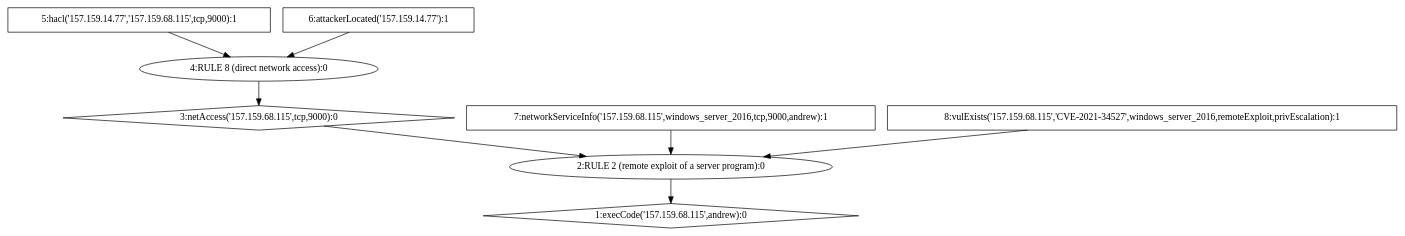
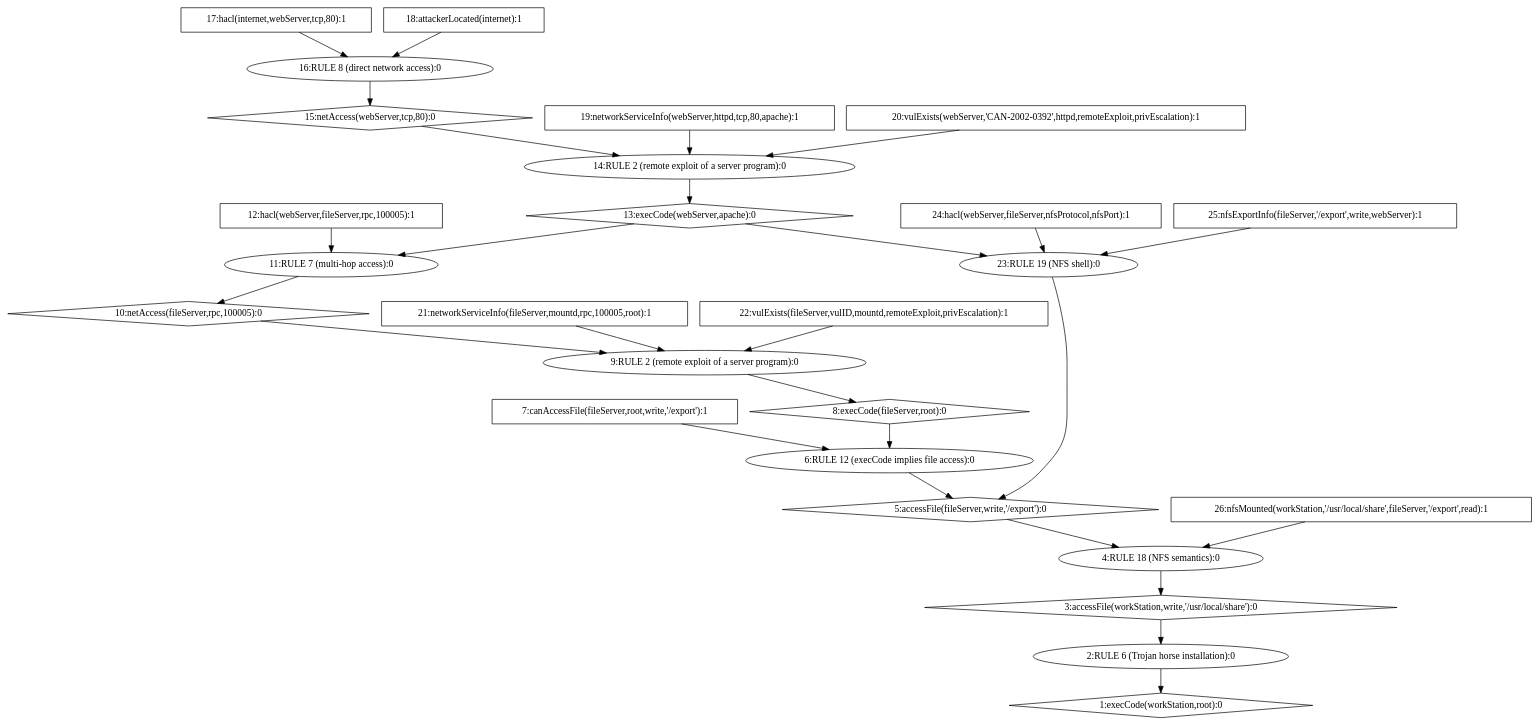
One commit to Kekere/prelude-elk changed the diagram in public_html/AttackGraph.dot. Above: the diagram before and after it, drawn with Graphviz. The commit also changed 14 other files, not shown here.

```diff
--- a/public_html/AttackGraph.dot
+++ b/public_html/AttackGraph.dot
@@ -1,17 +1,54 @@
 digraph G {
-	1 [label="1:execCode('157.159.68.115',andrew):0",shape=diamond];
-	2 [label="2:RULE 2 (remote exploit of a server program):0",shape=ellipse];
-	3 [label="3:netAccess('157.159.68.115',tcp,9000):0",shape=diamond];
-	4 [label="4:RULE 8 (direct network access):0",shape=ellipse];
-	5 [label="5:hacl('157.159.14.77','157.159.68.115',tcp,9000):1",shape=box];
-	6 [label="6:attackerLocated('157.159.14.77'):1",shape=box];
-	7 [label="7:networkServiceInfo('157.159.68.115',windows_server_2016,tcp,9000,andrew):1",shape=box];
-	8 [label="8:vulExists('157.159.68.115','CVE-2021-34527',windows_server_2016,remoteExploit,privEscalation):1",shape=box];
+	1 [label="1:execCode(workStation,root):0",shape=diamond];
+	2 [label="2:RULE 6 (Trojan horse installation):0",shape=ellipse];
+	3 [label="3:accessFile(workStation,write,'/usr/local/share'):0",shape=diamond];
+	4 [label="4:RULE 18 (NFS semantics):0",shape=ellipse];
+	5 [label="5:accessFile(fileServer,write,'/export'):0",shape=diamond];
+	6 [label="6:RULE 12 (execCode implies file access):0",shape=ellipse];
+	7 [label="7:canAccessFile(fileServer,root,write,'/export'):1",shape=box];
+	8 [label="8:execCode(fileServer,root):0",shape=diamond];
+	9 [label="9:RULE 2 (remote exploit of a server program):0",shape=ellipse];
+	10 [label="10:netAccess(fileServer,rpc,100005):0",shape=diamond];
+	11 [label="11:RULE 7 (multi-hop access):0",shape=ellipse];
+	12 [label="12:hacl(webServer,fileServer,rpc,100005):1",shape=box];
+	13 [label="13:execCode(webServer,apache):0",shape=diamond];
+	14 [label="14:RULE 2 (remote exploit of a server program):0",shape=ellipse];
+	15 [label="15:netAccess(webServer,tcp,80):0",shape=diamond];
+	16 [label="16:RULE 8 (direct network access):0",shape=ellipse];
+	17 [label="17:hacl(internet,webServer,tcp,80):1",shape=box];
+	18 [label="18:attackerLocated(internet):1",shape=box];
+	19 [label="19:networkServiceInfo(webServer,httpd,tcp,80,apache):1",shape=box];
+	20 [label="20:vulExists(webServer,'CAN-2002-0392',httpd,remoteExploit,privEscalation):1",shape=box];
+	21 [label="21:networkServiceInfo(fileServer,mountd,rpc,100005,root):1",shape=box];
+	22 [label="22:vulExists(fileServer,vulID,mountd,remoteExploit,privEscalation):1",shape=box];
+	23 [label="23:RULE 19 (NFS shell):0",shape=ellipse];
+	24 [label="24:hacl(webServer,fileServer,nfsProtocol,nfsPort):1",shape=box];
+	25 [label="25:nfsExportInfo(fileServer,'/export',write,webServer):1",shape=box];
+	26 [label="26:nfsMounted(workStation,'/usr/local/share',fileServer,'/export',read):1",shape=box];
+	7 -> 	6;
+	12 -> 	11;
+	17 -> 	16;
+	18 -> 	16;
+	16 -> 	15;
+	15 -> 	14;
+	19 -> 	14;
+	20 -> 	14;
+	14 -> 	13;
+	13 -> 	11;
+	11 -> 	10;
+	10 -> 	9;
+	21 -> 	9;
+	22 -> 	9;
+	9 -> 	8;
+	8 -> 	6;
+	6 -> 	5;
+	24 -> 	23;
+	25 -> 	23;
+	13 -> 	23;
+	23 -> 	5;
 	5 -> 	4;
-	6 -> 	4;
+	26 -> 	4;
 	4 -> 	3;
 	3 -> 	2;
-	7 -> 	2;
-	8 -> 	2;
 	2 -> 	1;
 }
```
